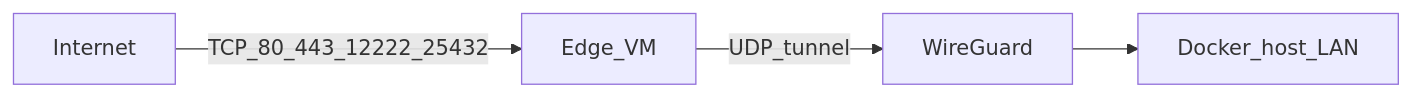
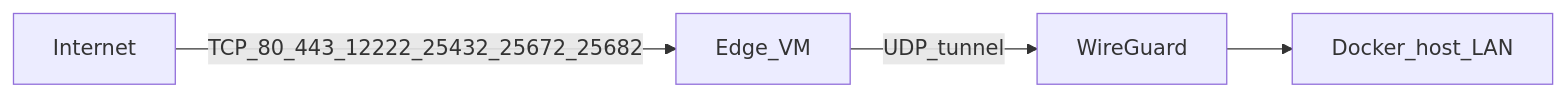
The third of 3 diagrams in __DOCS__/99_maintainers/05_networking.md (astarx-studio/devsecops-platform), drawn with Mermaid before and after one commit. The commit also changed other lines of this file and 17 other files, not shown here.

````diff
--- a/__DOCS__/99_maintainers/05_networking.md
+++ b/__DOCS__/99_maintainers/05_networking.md
@@ -434,11 +434,11 @@
 ```mermaid
 flowchart LR
   Internet[Internet]
   EdgeVM[Edge_VM]
   WG[WireGuard]
   HomeHost[Docker_host_LAN]
 
-  Internet -->|"TCP_80_443_12222_25432"| EdgeVM
+  Internet -->|"TCP_80_443_12222_25432_25672_25682"| EdgeVM
   EdgeVM -->|"UDP_tunnel"| WG
   WG --> HomeHost
 ```
````
